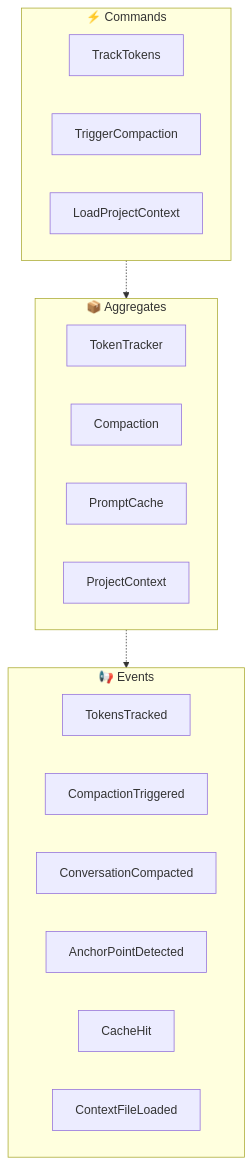
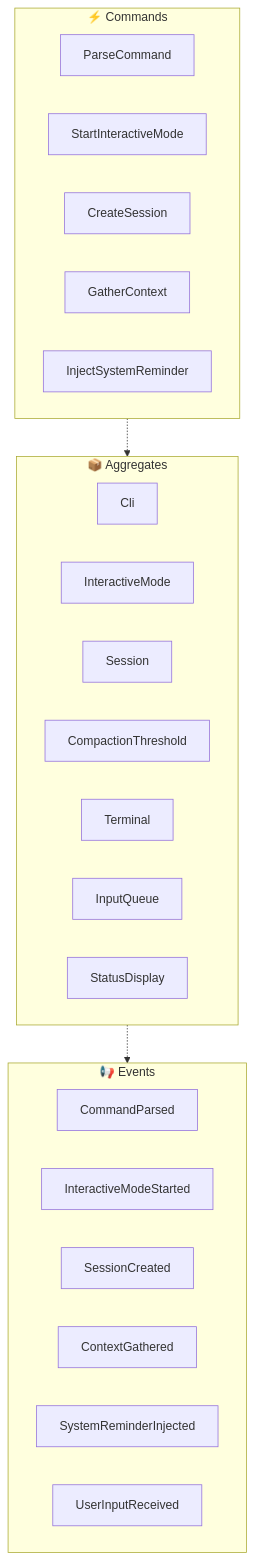
Before and after one commit to sengac/fspec: the fifth of 5 diagrams in codelet/spec/FOUNDATION.md, drawn with Mermaid. The commit also changed other lines of this file and 39 other files, not shown here.

Commit message:
refactor: split god objects into focused submodules (interactive, debug_capture, compaction)

````diff
--- a/codelet/spec/FOUNDATION.md
+++ b/codelet/spec/FOUNDATION.md
@@ -241,27 +241,32 @@
 ```mermaid
 flowchart TB
   subgraph Commands["⚡ Commands"]
-    C63[TrackTokens]
-    C64[TriggerCompaction]
-    C65[LoadProjectContext]
+    C60[ParseCommand]
+    C61[StartInteractiveMode]
+    C62[CreateSession]
+    C63[GatherContext]
+    C64[InjectSystemReminder]
   end
 
   subgraph Aggregates["📦 Aggregates"]
-    A20[TokenTracker]
-    A21[Compaction]
-    A22[PromptCache]
-    A23[ProjectContext]
+    A21[Cli]
+    A22[InteractiveMode]
+    A23[Session]
+    A24[CompactionThreshold]
+    A25[Terminal]
+    A26[InputQueue]
+    A27[StatusDisplay]
   end
 
   subgraph Events["📢 Events"]
-    E41[TokensTracked]
-    E42[CompactionTriggered]
-    E43[ConversationCompacted]
-    E44[AnchorPointDetected]
-    E45[CacheHit]
-    E46[ContextFileLoaded]
+    E43[CommandParsed]
+    E44[InteractiveModeStarted]
+    E45[SessionCreated]
+    E46[ContextGathered]
+    E47[SystemReminderInjected]
+    E48[UserInputReceived]
   end
 
   Commands -.-> Aggregates
   Aggregates -.-> Events
 ```
````
